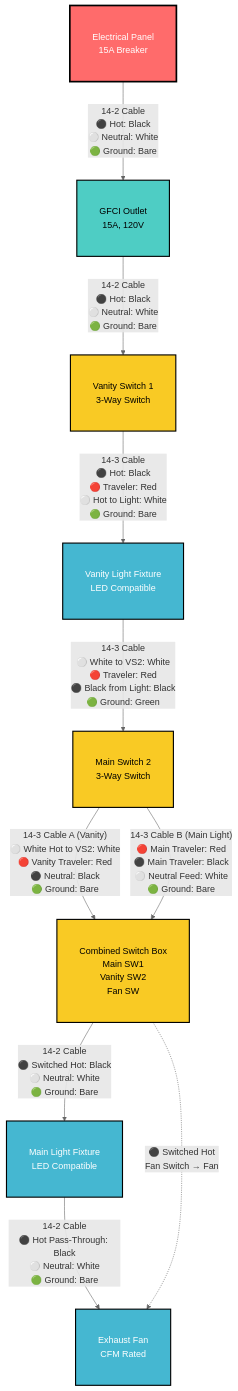
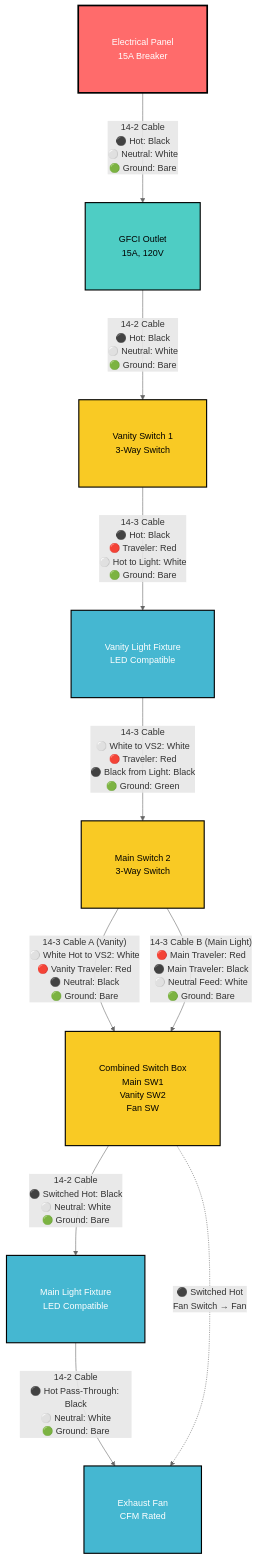
Before and after one commit to ticklemycode/electrical-wiring: the first of 8 diagrams in diagrams/mermaid-wiring-diagram.md, drawn with Mermaid. The commit also changed other lines of this file, not shown here.

````diff
--- a/diagrams/mermaid-wiring-diagram.md
+++ b/diagrams/mermaid-wiring-diagram.md
@@ -7,35 +7,35 @@
 ```mermaid
-%%{init: {'theme':'default', 'flowchart': {'nodeSpacing': 60, 'rankSpacing': 80, 'padding': 20}, 'themeVariables': {'primaryColor': '#ffffff', 'primaryTextColor': '#000000', 'primaryBorderColor': '#000000', 'lineColor': '#666666', 'sectionBkgColor': '#ffffff', 'altSectionBkgColor': '#f9f9f9', 'gridColor': '#cccccc', 'c0': '#ffffff', 'c1': '#ffffff', 'c2': '#ffffff', 'c3': '#ffffff', 'c4': '#ffffff'}}}%%
+%%{init: {'theme':'default', 'flowchart': {'nodeSpacing': 80, 'rankSpacing': 100, 'padding': 30}, 'themeVariables': {'primaryColor': '#ffffff', 'primaryTextColor': '#000000', 'primaryBorderColor': '#000000', 'lineColor': '#666666', 'sectionBkgColor': '#ffffff', 'altSectionBkgColor': '#f9f9f9', 'gridColor': '#cccccc', 'c0': '#ffffff', 'c1': '#ffffff', 'c2': '#ffffff', 'c3': '#ffffff', 'c4': '#ffffff'}}}%%
 flowchart TD
     A["Electrical Panel<br/>15A Breaker"] -->|"14-2 Cable<br/>⚫ Hot: Black<br/>⚪ Neutral: White<br/>🟢 Ground: Bare"| B["GFCI Outlet<br/>15A, 120V"]
      B -->|"14-2 Cable<br/>⚫ Hot: Black<br/>⚪ Neutral: White<br/>🟢 Ground: Bare"| D["Vanity Switch 1<br/>3-Way Switch"]
 
     D -->|"14-3 Cable<br/>⚫ Hot: Black<br/>🔴 Traveler: Red<br/>⚪ Hot to Light: White<br/>🟢 Ground: Bare"| C["Vanity Light Fixture<br/>LED Compatible"]
 
     C -->|"14-3 Cable<br/>⚪ White to VS2: White<br/>🔴 Traveler: Red<br/>⚫ Black from Light: Black<br/>🟢 Ground: Green"| F["Main Switch 2<br/>3-Way Switch"]
 
     F -->|"14-3 Cable A (Vanity)<br/>⚪ White Hot to VS2: White<br/>🔴 Vanity Traveler: Red<br/>⚫ Neutral: Black<br/>🟢 Ground: Bare"| E["Combined Switch Box<br/>Main SW1<br/>Vanity SW2<br/>Fan SW"]
 
     F -->|"14-3 Cable B (Main Light)<br/>🔴 Main Traveler: Red<br/>⚫ Main Traveler: Black<br/>⚪ Neutral Feed: White<br/>🟢 Ground: Bare"| E
 
     E -->|"14-2 Cable<br/>⚫ Switched Hot: Black<br/>⚪ Neutral: White<br/>🟢 Ground: Bare"| G["Main Light Fixture<br/>LED Compatible"]
 
     G -->|"14-2 Cable<br/>⚫ Hot Pass-Through: Black<br/>⚪ Neutral: White<br/>🟢 Ground: Bare"| H["Exhaust Fan<br/>CFM Rated"]
     
     %% Fan Control from Combined Box
     E -.->|"⚫ Switched Hot<br/>Fan Switch → Fan"| H
     
     %% Styling
-    classDef boxPadding padding:10px 25px
+    classDef boxPadding padding:15px 25px
     classDef panelStyle fill:#ff6b6b,stroke:#000,stroke-width:3px,color:#fff
     classDef gfciStyle fill:#4ecdc4,stroke:#000,stroke-width:2px,color:#000
     classDef fixtureStyle fill:#45b7d1,stroke:#000,stroke-width:2px,color:#fff
     classDef switchStyle fill:#f9ca24,stroke:#000,stroke-width:2px,color:#000
     classDef wireStyle stroke:#666,stroke-width:2px
     
     class A,B,C,D,E,F,G,H boxPadding
     class A panelStyle
     class B gfciStyle
     class C,G,H fixtureStyle
     class D,E,F switchStyle
 ```
````
